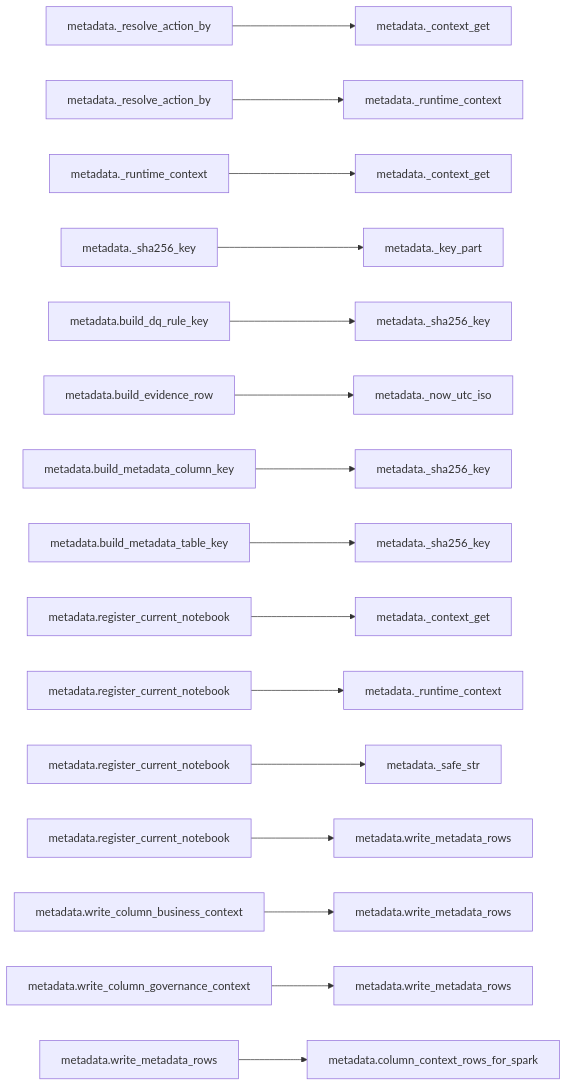
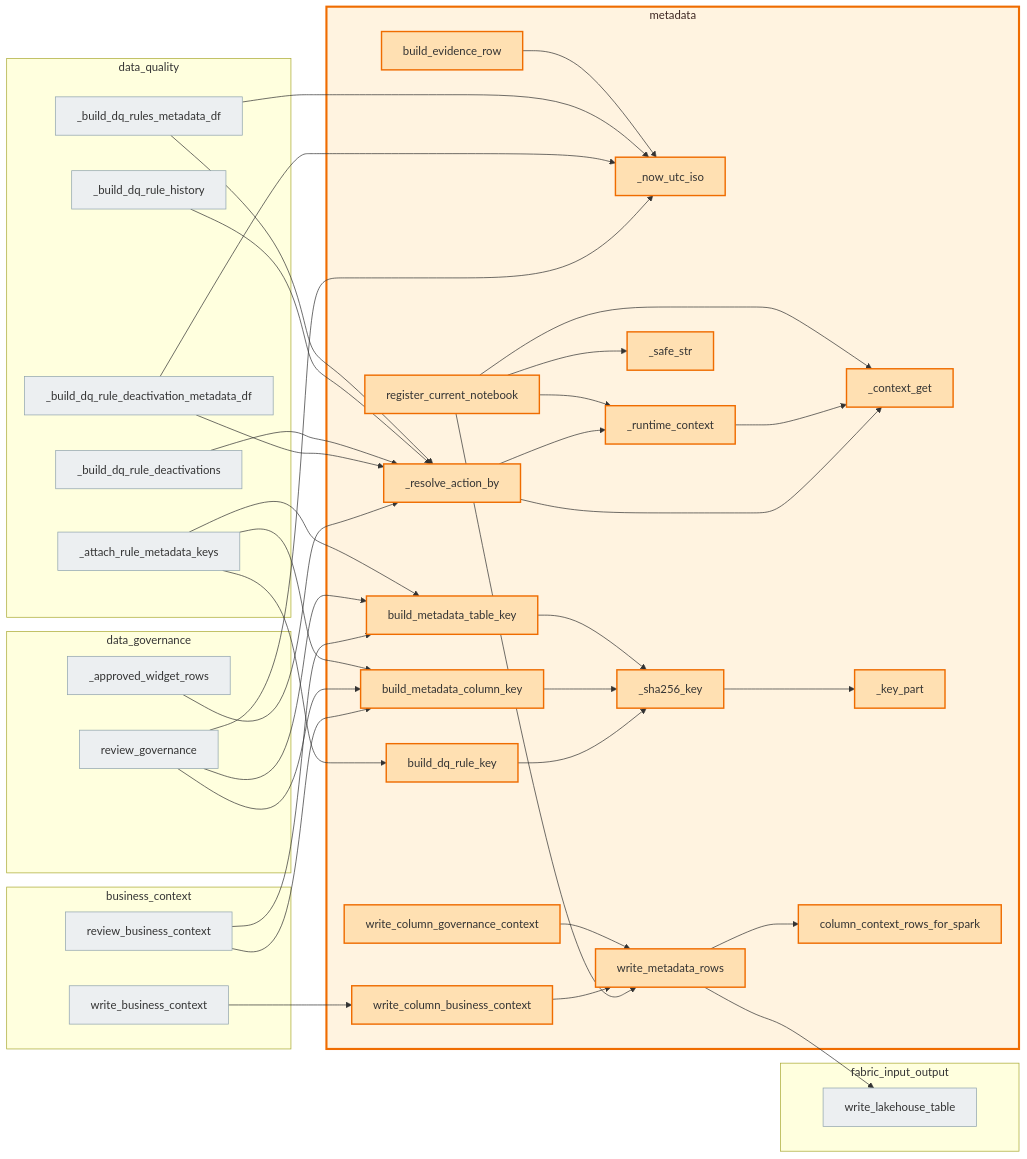
The diagram in docs/api/modules/metadata.md (Voycepeh/FabricOps-Starter-Kit), drawn with Mermaid before and after one commit. The commit also changed other lines of this file and 15 other files, not shown here.

Commit message:
Redesign module callable dependency visuals

````diff
--- a/docs/api/modules/metadata.md
+++ b/docs/api/modules/metadata.md
@@ -103,18 +100,78 @@
 ```mermaid
 flowchart LR
-  n1["metadata._resolve_action_by"] --> n1b["metadata._context_get"]
-  n2["metadata._resolve_action_by"] --> n2b["metadata._runtime_context"]
-  n3["metadata._runtime_context"] --> n3b["metadata._context_get"]
-  n4["metadata._sha256_key"] --> n4b["metadata._key_part"]
-  n5["metadata.build_dq_rule_key"] --> n5b["metadata._sha256_key"]
-  n6["metadata.build_evidence_row"] --> n6b["metadata._now_utc_iso"]
-  n7["metadata.build_metadata_column_key"] --> n7b["metadata._sha256_key"]
-  n8["metadata.build_metadata_table_key"] --> n8b["metadata._sha256_key"]
-  n9["metadata.register_current_notebook"] --> n9b["metadata._context_get"]
-  n10["metadata.register_current_notebook"] --> n10b["metadata._runtime_context"]
-  n11["metadata.register_current_notebook"] --> n11b["metadata._safe_str"]
-  n12["metadata.register_current_notebook"] --> n12b["metadata.write_metadata_rows"]
-  n13["metadata.write_column_business_context"] --> n13b["metadata.write_metadata_rows"]
-  n14["metadata.write_column_governance_context"] --> n14b["metadata.write_metadata_rows"]
-  n15["metadata.write_metadata_rows"] --> n15b["metadata.column_context_rows_for_spark"]
+  classDef currentModule fill:#fff3e0,stroke:#ef6c00,stroke-width:3px,color:#3e2723;
+  classDef externalModule fill:#f5f5f5,stroke:#9e9e9e,stroke-width:1px,color:#616161;
+  classDef currentCallable fill:#ffe0b2,stroke:#ef6c00,stroke-width:2px;
+  classDef externalCallable fill:#eceff1,stroke:#90a4ae,stroke-width:1px;
+  subgraph m_business_context[business_context]
+    fabricops_kit_business_context_review_business_context["review_business_context"]
+    fabricops_kit_business_context_write_business_context["write_business_context"]
+  end
+  subgraph m_data_governance[data_governance]
+    fabricops_kit_data_governance__approved_widget_rows["_approved_widget_rows"]
+    fabricops_kit_data_governance_review_governance["review_governance"]
+  end
+  subgraph m_data_quality[data_quality]
+    fabricops_kit_data_quality__attach_rule_metadata_keys["_attach_rule_metadata_keys"]
+    fabricops_kit_data_quality__build_dq_rule_deactivation_metadata_df["_build_dq_rule_deactivation_metadata_df"]
+    fabricops_kit_data_quality__build_dq_rule_deactivations["_build_dq_rule_deactivations"]
+    fabricops_kit_data_quality__build_dq_rule_history["_build_dq_rule_history"]
+    fabricops_kit_data_quality__build_dq_rules_metadata_df["_build_dq_rules_metadata_df"]
+  end
+  subgraph m_fabric_input_output[fabric_input_output]
+    fabricops_kit_fabric_input_output_write_lakehouse_table["write_lakehouse_table"]
+  end
+  subgraph m_metadata[metadata]
+    fabricops_kit_metadata__context_get["_context_get"]
+    fabricops_kit_metadata__key_part["_key_part"]
+    fabricops_kit_metadata__now_utc_iso["_now_utc_iso"]
+    fabricops_kit_metadata__resolve_action_by["_resolve_action_by"]
+    fabricops_kit_metadata__runtime_context["_runtime_context"]
+    fabricops_kit_metadata__safe_str["_safe_str"]
+    fabricops_kit_metadata__sha256_key["_sha256_key"]
+    fabricops_kit_metadata_build_dq_rule_key["build_dq_rule_key"]
+    fabricops_kit_metadata_build_evidence_row["build_evidence_row"]
+    fabricops_kit_metadata_build_metadata_column_key["build_metadata_column_key"]
+    fabricops_kit_metadata_build_metadata_table_key["build_metadata_table_key"]
+    fabricops_kit_metadata_column_context_rows_for_spark["column_context_rows_for_spark"]
+    fabricops_kit_metadata_register_current_notebook["register_current_notebook"]
+    fabricops_kit_metadata_write_column_business_context["write_column_business_context"]
+    fabricops_kit_metadata_write_column_governance_context["write_column_governance_context"]
+    fabricops_kit_metadata_write_metadata_rows["write_metadata_rows"]
+  end
+  fabricops_kit_business_context_review_business_context --> fabricops_kit_metadata_build_metadata_column_key
+  fabricops_kit_business_context_review_business_context --> fabricops_kit_metadata_build_metadata_table_key
+  fabricops_kit_business_context_write_business_context --> fabricops_kit_metadata_write_column_business_context
+  fabricops_kit_data_governance__approved_widget_rows --> fabricops_kit_metadata__resolve_action_by
+  fabricops_kit_data_governance_review_governance --> fabricops_kit_metadata__now_utc_iso
+  fabricops_kit_data_governance_review_governance --> fabricops_kit_metadata_build_metadata_column_key
+  fabricops_kit_data_governance_review_governance --> fabricops_kit_metadata_build_metadata_table_key
+  fabricops_kit_data_quality__attach_rule_metadata_keys --> fabricops_kit_metadata_build_dq_rule_key
+  fabricops_kit_data_quality__attach_rule_metadata_keys --> fabricops_kit_metadata_build_metadata_column_key
+  fabricops_kit_data_quality__attach_rule_metadata_keys --> fabricops_kit_metadata_build_metadata_table_key
+  fabricops_kit_data_quality__build_dq_rule_deactivation_metadata_df --> fabricops_kit_metadata__now_utc_iso
+  fabricops_kit_data_quality__build_dq_rule_deactivation_metadata_df --> fabricops_kit_metadata__resolve_action_by
+  fabricops_kit_data_quality__build_dq_rule_deactivations --> fabricops_kit_metadata__resolve_action_by
+  fabricops_kit_data_quality__build_dq_rule_history --> fabricops_kit_metadata__resolve_action_by
+  fabricops_kit_data_quality__build_dq_rules_metadata_df --> fabricops_kit_metadata__now_utc_iso
+  fabricops_kit_data_quality__build_dq_rules_metadata_df --> fabricops_kit_metadata__resolve_action_by
+  fabricops_kit_metadata__resolve_action_by --> fabricops_kit_metadata__context_get
+  fabricops_kit_metadata__resolve_action_by --> fabricops_kit_metadata__runtime_context
+  fabricops_kit_metadata__runtime_context --> fabricops_kit_metadata__context_get
+  fabricops_kit_metadata__sha256_key --> fabricops_kit_metadata__key_part
+  fabricops_kit_metadata_build_dq_rule_key --> fabricops_kit_metadata__sha256_key
+  fabricops_kit_metadata_build_evidence_row --> fabricops_kit_metadata__now_utc_iso
+  fabricops_kit_metadata_build_metadata_column_key --> fabricops_kit_metadata__sha256_key
+  fabricops_kit_metadata_build_metadata_table_key --> fabricops_kit_metadata__sha256_key
+  fabricops_kit_metadata_register_current_notebook --> fabricops_kit_metadata__context_get
+  fabricops_kit_metadata_register_current_notebook --> fabricops_kit_metadata__runtime_context
+  fabricops_kit_metadata_register_current_notebook --> fabricops_kit_metadata__safe_str
+  fabricops_kit_metadata_register_current_notebook --> fabricops_kit_metadata_write_metadata_rows
+  fabricops_kit_metadata_write_column_business_context --> fabricops_kit_metadata_write_metadata_rows
+  fabricops_kit_metadata_write_column_governance_context --> fabricops_kit_metadata_write_metadata_rows
+  fabricops_kit_metadata_write_metadata_rows --> fabricops_kit_fabric_input_output_write_lakehouse_table
+  fabricops_kit_metadata_write_metadata_rows --> fabricops_kit_metadata_column_context_rows_for_spark
+  class m_metadata currentModule;
+  class fabricops_kit_metadata__context_get,fabricops_kit_metadata__key_part,fabricops_kit_metadata__now_utc_iso,fabricops_kit_metadata__resolve_action_by,fabricops_kit_metadata__runtime_context,fabricops_kit_metadata__safe_str,fabricops_kit_metadata__sha256_key,fabricops_kit_metadata_build_dq_rule_key,fabricops_kit_metadata_build_evidence_row,fabricops_kit_metadata_build_metadata_column_key,fabricops_kit_metadata_build_metadata_table_key,fabricops_kit_metadata_column_context_rows_for_spark,fabricops_kit_metadata_register_current_notebook,fabricops_kit_metadata_write_column_business_context,fabricops_kit_metadata_write_column_governance_context,fabricops_kit_metadata_write_metadata_rows currentCallable;
+  class fabricops_kit_business_context_review_business_context,fabricops_kit_business_context_write_business_context,fabricops_kit_data_governance__approved_widget_rows,fabricops_kit_data_governance_review_governance,fabricops_kit_data_quality__attach_rule_metadata_keys,fabricops_kit_data_quality__build_dq_rule_deactivation_metadata_df,fabricops_kit_data_quality__build_dq_rule_deactivations,fabricops_kit_data_quality__build_dq_rule_history,fabricops_kit_data_quality__build_dq_rules_metadata_df,fabricops_kit_fabric_input_output_write_lakehouse_table externalCallable;
 ```
````
